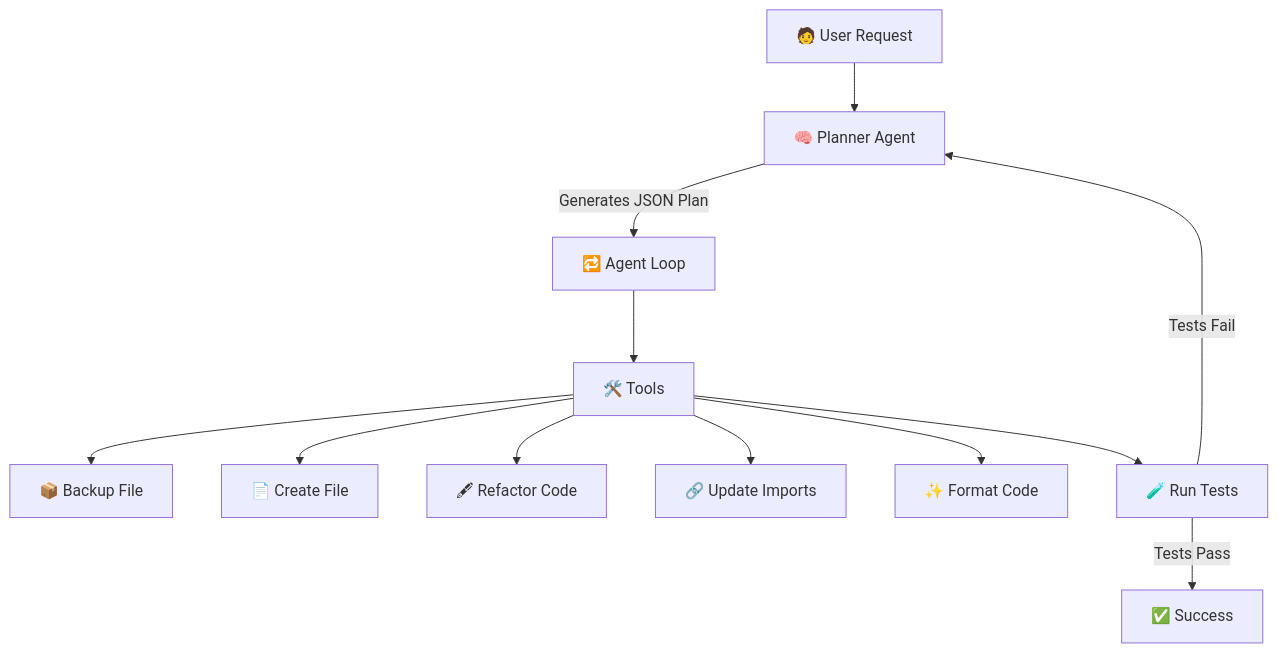
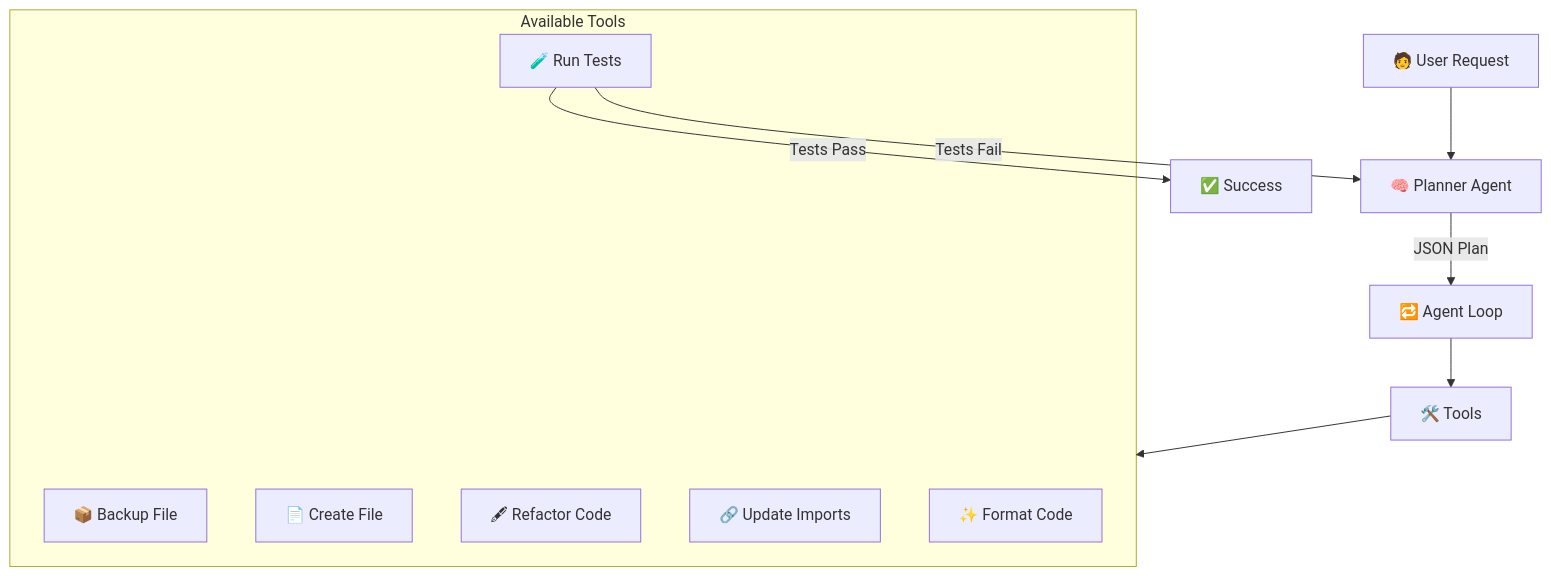
The diagram in README.md (Perpetue237/agentsculptor), drawn with Mermaid before and after one commit.

Commit message:
docs(flowcart): group tools

````diff
--- a/README.md
+++ b/README.md
@@ -301,19 +301,19 @@
 ``` mermaid
 flowchart TD
-    A[🧑 User Request]
-    B[🧠 Planner Agent]
-    C[🔁 Agent Loop]
-    D[🛠️ Tools]
-    E[✅ Success]
+    A[🧑 User Request] --> B[🧠 Planner Agent]
+    B -->|JSON Plan| C[🔁 Agent Loop]
+    C --> D[🛠️ Tools]
 
-    A --> B -->|Generates JSON Plan| C --> D
-    D --> D1[📦 Backup File]
-    D --> D2[📄 Create File]
-    D --> D3[🖋 Refactor Code]
-    D --> D4[🔗 Update Imports]
-    D --> D5[✨ Format Code]
-    D --> D6[🧪 Run Tests]
+    subgraph Toolset [Available Tools]
+        D1[📦 Backup File]
+        D2[📄 Create File]
+        D3[🖋 Refactor Code]
+        D4[🔗 Update Imports]
+        D5[✨ Format Code]
+        D6[🧪 Run Tests]
+    end
 
-    D6 -->|Tests Pass| E
+    D --> Toolset
+    D6 -->|Tests Pass| E[✅ Success]
     D6 -->|Tests Fail| B
 ```
````
